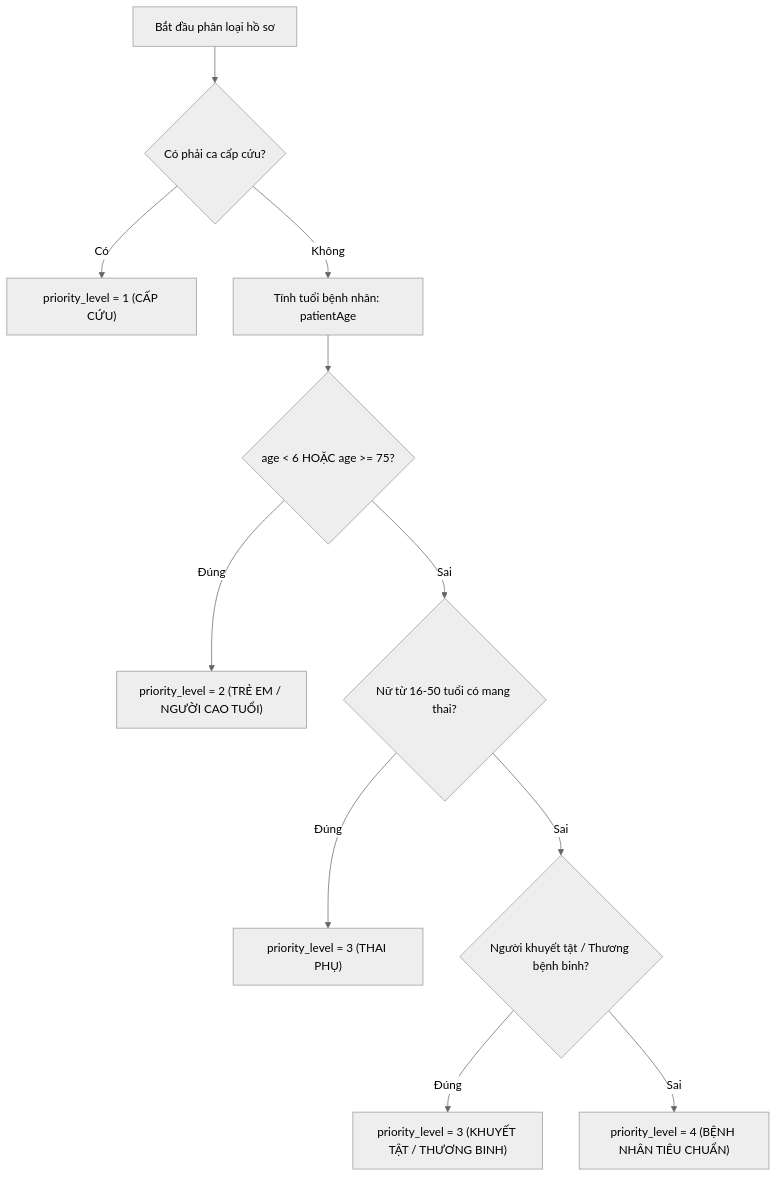
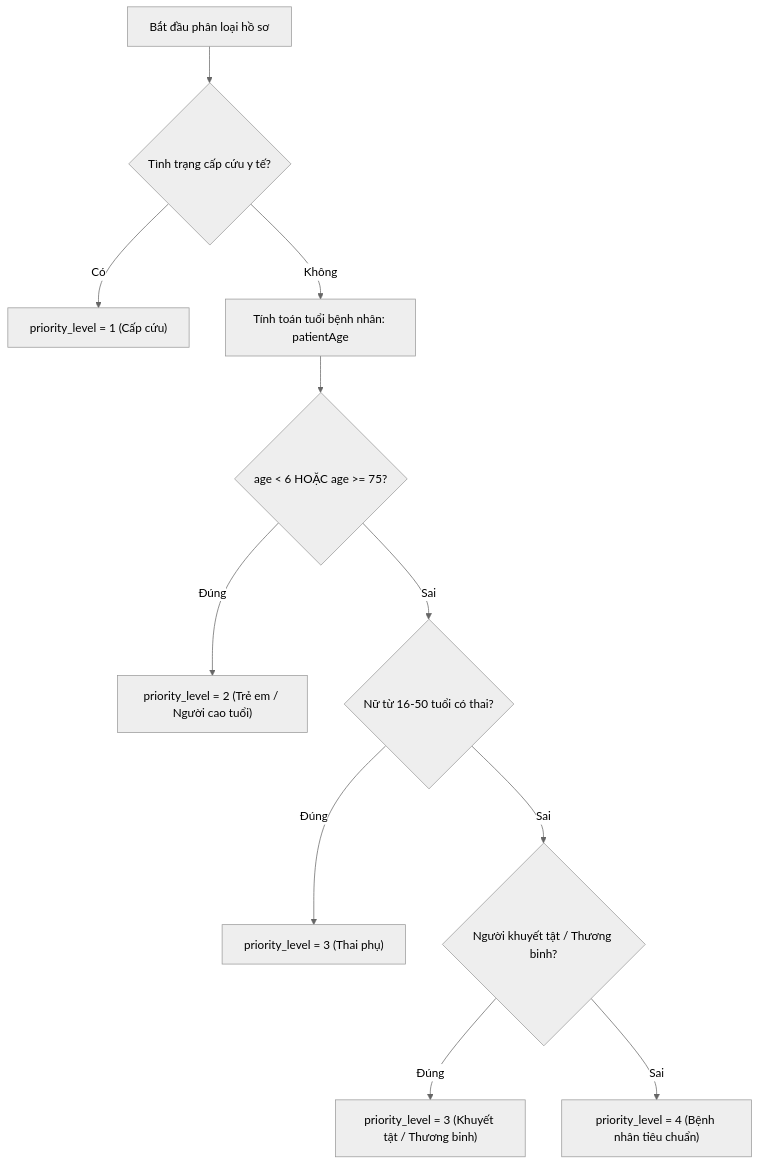
Before and after one commit to DangDuyLoi/Clinic_Management: the second of 3 diagrams in patient_mobile/PATIENT_MOBILE_ARCHITECTURE_AND_LOGIC.md, drawn with Mermaid (neutral theme). The commit also changed other lines of this file and 3 other files, not shown here.

````diff
--- a/patient_mobile/PATIENT_MOBILE_ARCHITECTURE_AND_LOGIC.md
+++ b/patient_mobile/PATIENT_MOBILE_ARCHITECTURE_AND_LOGIC.md
@@ -299,13 +454,13 @@
 ```mermaid
 graph TD
-    A["Bắt đầu phân loại hồ sơ"] --> B{"Có phải ca cấp cứu?"}
-    B -->|Có| C["priority_level = 1 (CẤP CỨU)"]
-    B -->|Không| D["Tính tuổi bệnh nhân: patientAge"]
+    A["Bắt đầu phân loại hồ sơ"] --> B{"Tình trạng cấp cứu y tế?"}
+    B -->|Có| C["priority_level = 1 (Cấp cứu)"]
+    B -->|Không| D["Tính toán tuổi bệnh nhân: patientAge"]
     D --> E{"age < 6 HOẶC age >= 75?"}
-    E -->|Đúng| F["priority_level = 2 (TRẺ EM / NGƯỜI CAO TUỔI)"]
-    E -->|Sai| G{"Nữ từ 16-50 tuổi có mang thai?"}
-    G -->|Đúng| H["priority_level = 3 (THAI PHỤ)"]
-    G -->|Sai| I{"Người khuyết tật / Thương bệnh binh?"}
-    I -->|Đúng| J["priority_level = 3 (KHUYẾT TẬT / THƯƠNG BINH)"]
-    I -->|Sai| K["priority_level = 4 (BỆNH NHÂN TIÊU CHUẨN)"]
+    E -->|Đúng| F["priority_level = 2 (Trẻ em / Người cao tuổi)"]
+    E -->|Sai| G{"Nữ từ 16-50 tuổi có thai?"}
+    G -->|Đúng| H["priority_level = 3 (Thai phụ)"]
+    G -->|Sai| I{"Người khuyết tật / Thương binh?"}
+    I -->|Đúng| J["priority_level = 3 (Khuyết tật / Thương binh)"]
+    I -->|Sai| K["priority_level = 4 (Bệnh nhân tiêu chuẩn)"]
 ```
````
